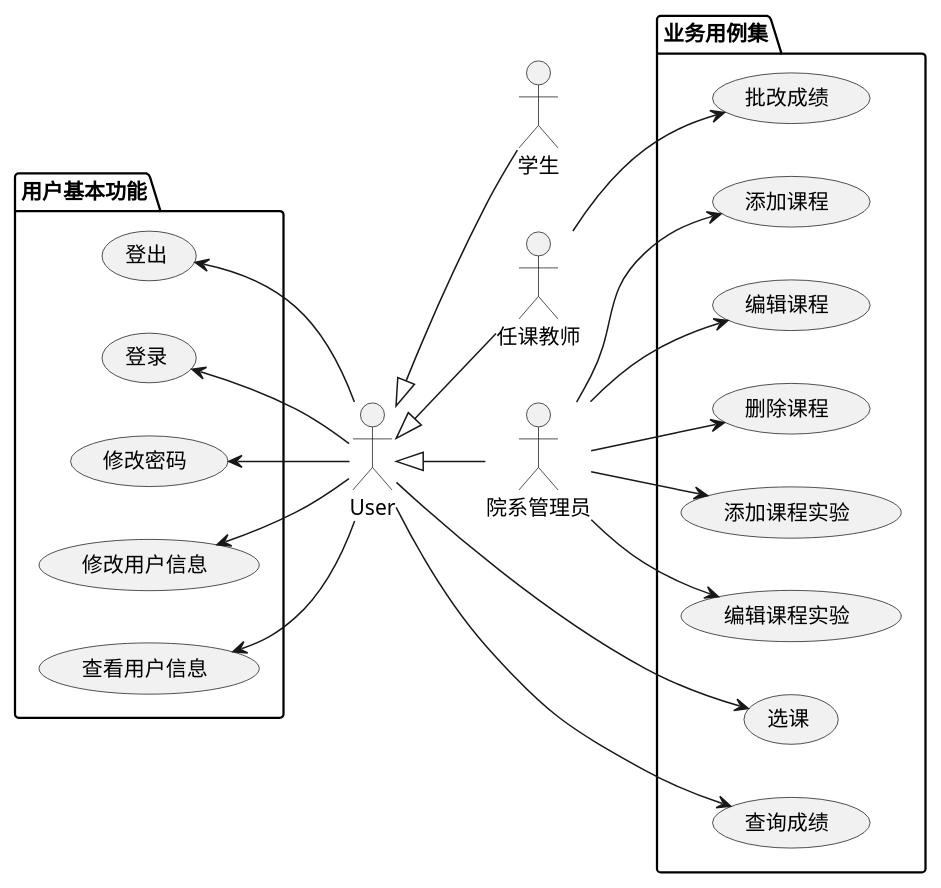
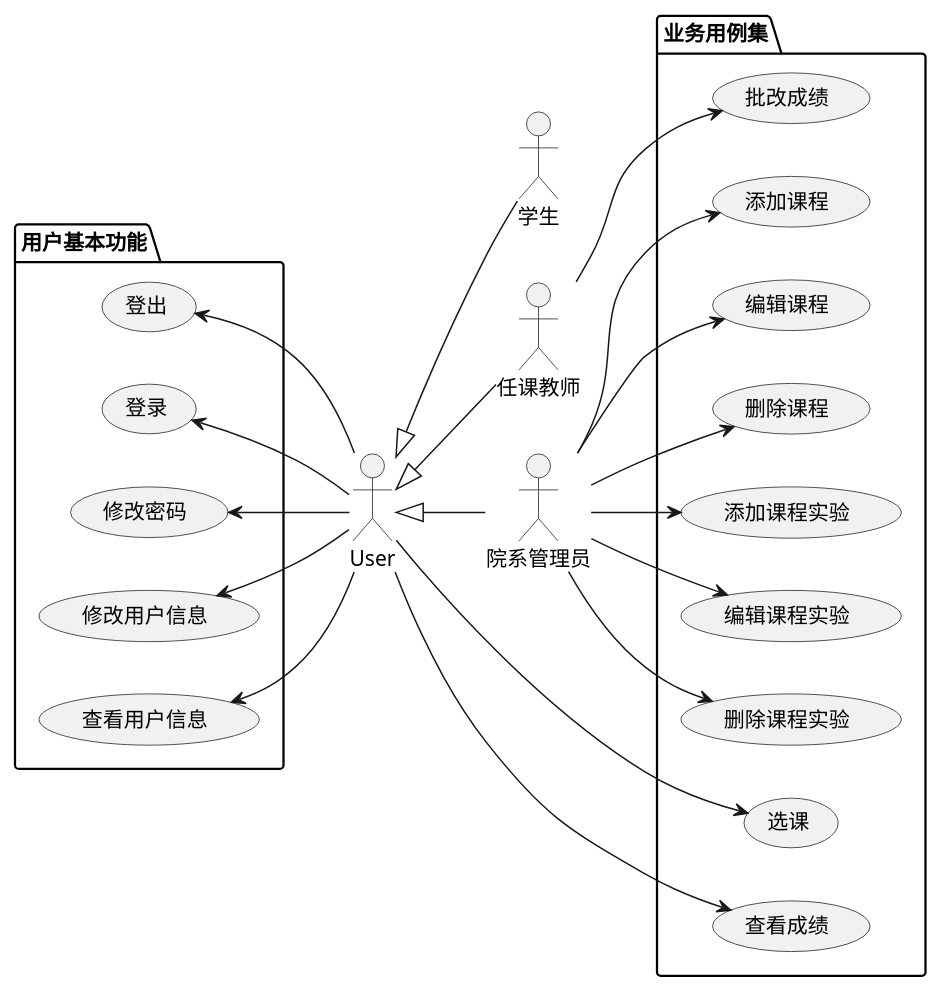
The diagram in test6/userCase.pu (201610414130/is_analysis-4), drawn with PlantUML before and after one commit. The commit also changed 10 other files, not shown here.

```diff
--- a/test6/userCase.pu
+++ b/test6/userCase.pu
@@ -1,40 +1,42 @@
 @startuml 用例图
 left to right direction
 :User: 
 :学生: as student
 :任课教师: as teacher
 :院系管理员: as admin
 package 用户基本功能{
     (查看用户信息) as showUser
     (修改用户信息) as updateUser
     (修改密码) as updatePwd
     (登录) as login
     (登出) as logout
     User -up-> showUser
     User -up-> updateUser
     User -up-> updatePwd
     User -up-> login
     User -up-> logout
 }
 package 业务用例集{
     (选课) as singCourse
-    (查询成绩) as queryGrade
+    (查看成绩) as queryGrade
     (批改成绩) as setGrade
     (添加课程实验) as addCourseTask
     (编辑课程实验) as ediCourseTask
+    (删除课程实验) as delCourseTask
     (添加课程) as addCourse
     (编辑课程) as ediCourse
     (删除课程) as delCourse
     User --> singCourse
     User --> queryGrade
     teacher --> setGrade
     admin --> addCourseTask
     admin --> ediCourseTask
+    admin --> delCourseTask
     admin --> addCourse
     admin --> ediCourse
     admin --> delCourse
 }
 student -up-|> User
 teacher -up-|> User
 admin -up-|> User
 @enduml
```
